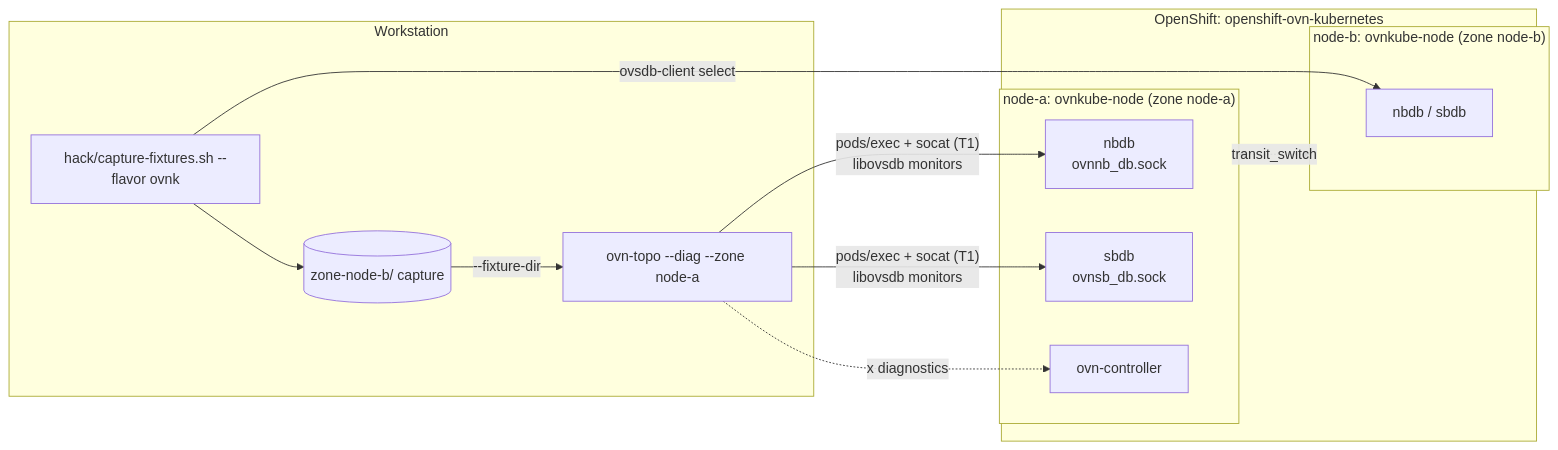
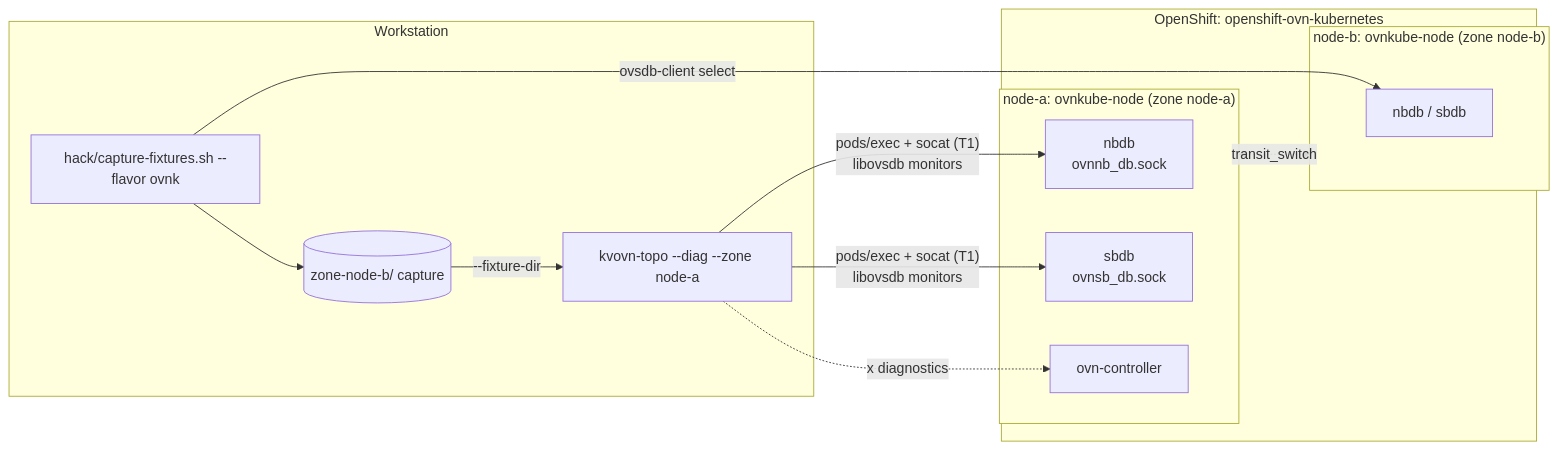
Before and after one commit to coulof/kvovn-topo: the diagram in README.md, drawn with Mermaid. The commit also changed other lines of this file and 139 other files, not shown here.

First line of the commit message:
refactor!: rename project to kvovn-topo

````diff
--- a/README.md
+++ b/README.md
@@ -79,24 +84,24 @@
 ```mermaid
 flowchart LR
   subgraph ws["Workstation"]
-    topo["ovn-topo --diag --zone node-a"]
+    topo["kvovn-topo --diag --zone node-a"]
     cap["hack/capture-fixtures.sh --flavor ovnk"]
     fx[("zone-node-b/ capture")]
   end
   subgraph ocp["OpenShift: openshift-ovn-kubernetes"]
     subgraph a["node-a: ovnkube-node (zone node-a)"]
       nbA["nbdb<br/>ovnnb_db.sock"]
       sbA["sbdb<br/>ovnsb_db.sock"]
       ctlA["ovn-controller"]
     end
     subgraph b["node-b: ovnkube-node (zone node-b)"]
       dbB["nbdb / sbdb"]
     end
     a <-.->|"transit_switch"| b
   end
   topo -->|"pods/exec + socat (T1)<br/>libovsdb monitors"| nbA & sbA
   topo -.->|"x diagnostics"| ctlA
   cap -->|"ovsdb-client select"| dbB
   cap --> fx
   fx -->|"--fixture-dir"| topo
 ```
````
